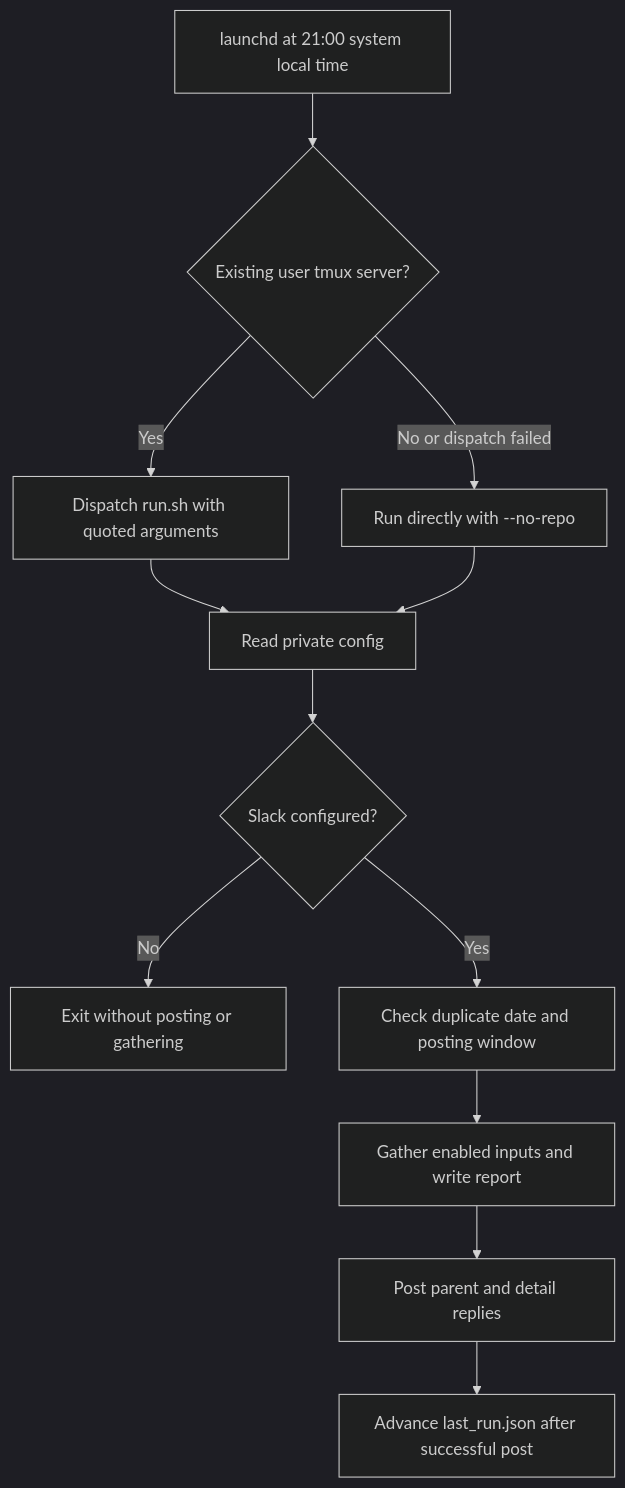
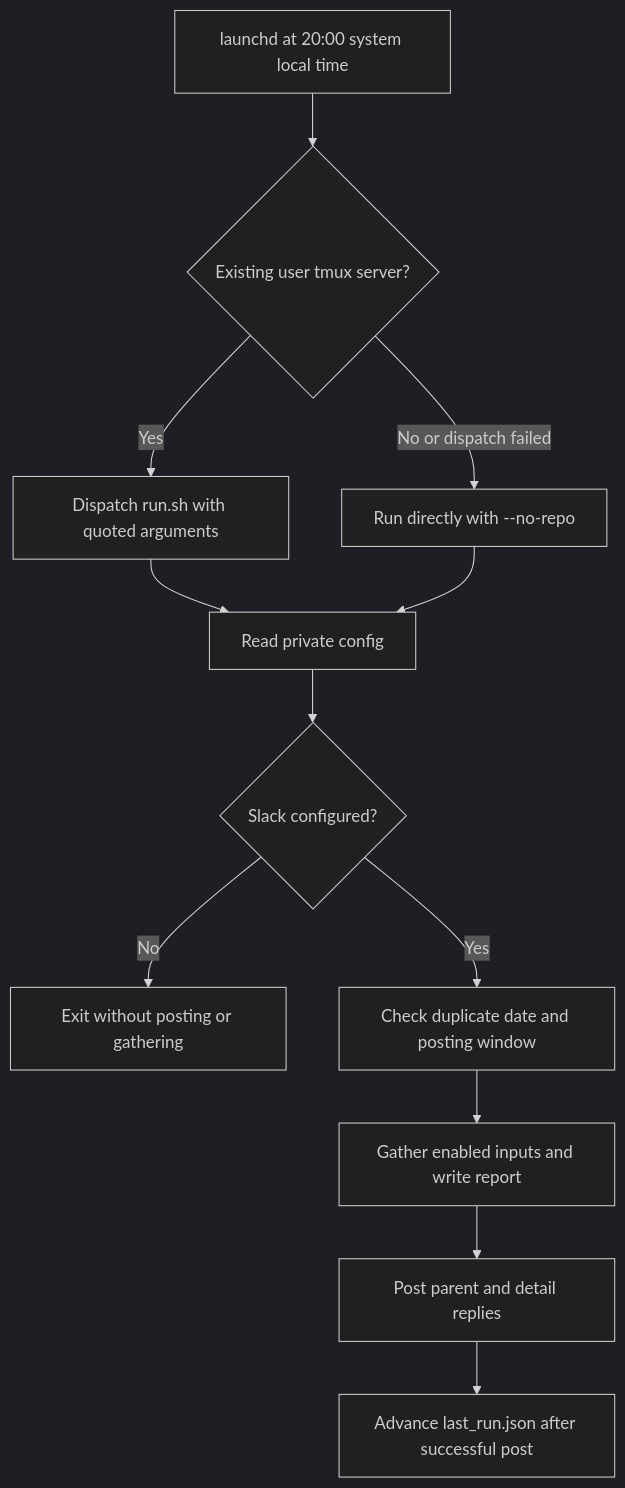
Before and after one commit to sieu-n/sieun-pi: the diagram in components/daily-recap/README.md, drawn with Mermaid (dark theme). The commit also changed other lines of this file and 3 other files, not shown here.

````diff
--- a/components/daily-recap/README.md
+++ b/components/daily-recap/README.md
@@ -71,14 +71,14 @@
 ```mermaid
 flowchart TD
-    A[launchd at 21:00 system local time] --> B{Existing user tmux server?}
+    A[launchd at 20:00 system local time] --> B{Existing user tmux server?}
     B -->|Yes| C[Dispatch run.sh with quoted arguments]
     B -->|No or dispatch failed| D[Run directly with --no-repo]
     C --> E[Read private config]
     D --> E
     E --> F{Slack configured?}
     F -->|No| G[Exit without posting or gathering]
     F -->|Yes| H[Check duplicate date and posting window]
     H --> I[Gather enabled inputs and write report]
     I --> J[Post parent and detail replies]
     J --> K[Advance last_run.json after successful post]
 ```
````
